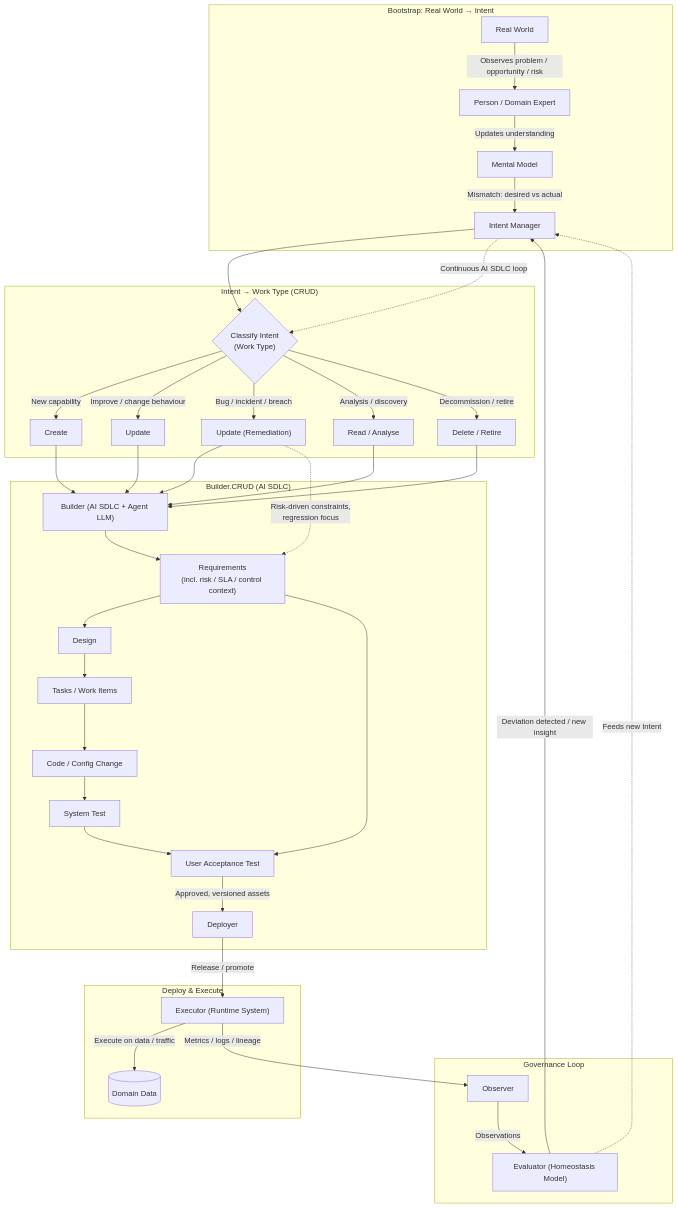
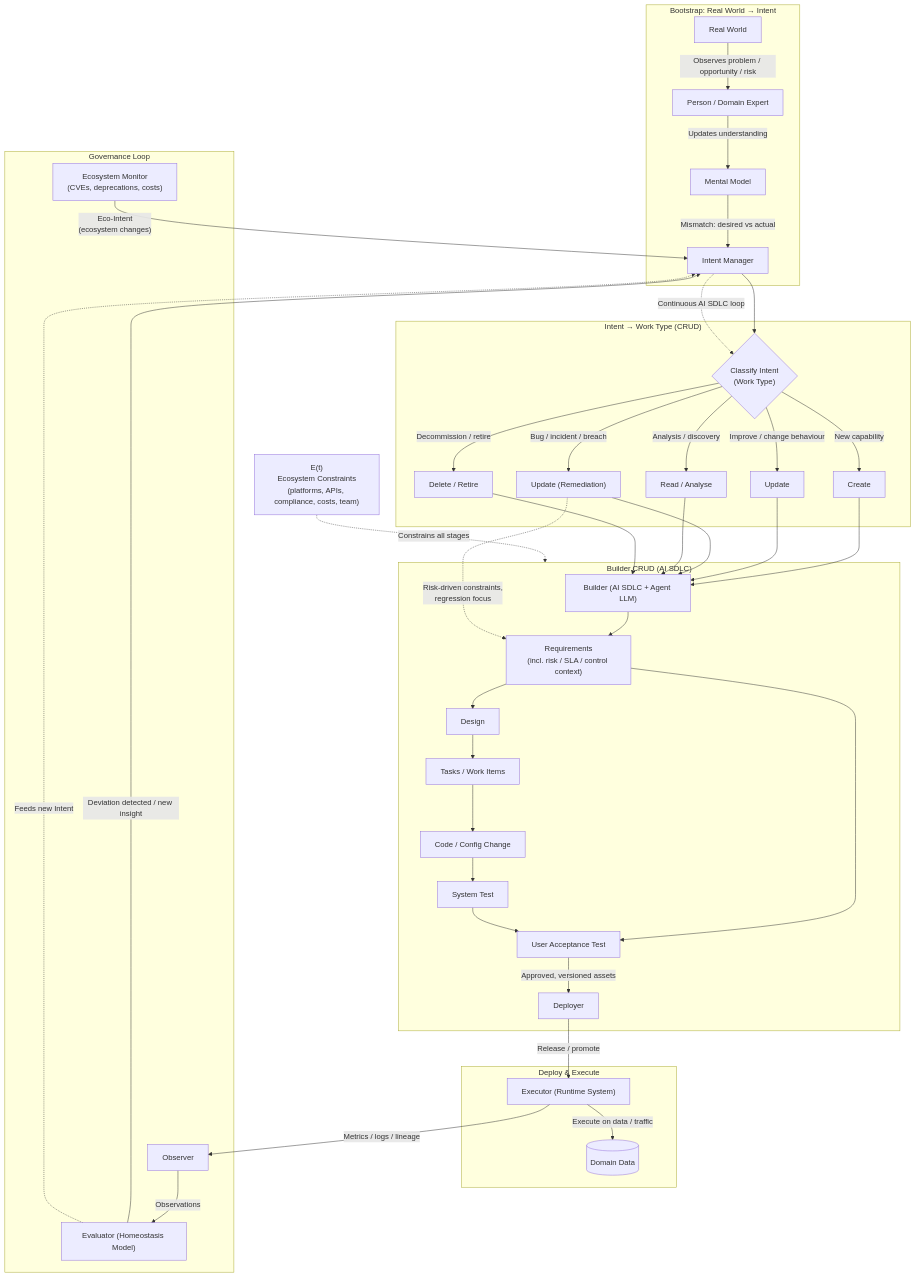
The first of 7 diagrams in docs/ai_sdlc_method.md (foolishimp/AI_SDLC_Context), drawn with Mermaid before and after one commit. The commit also changed other lines of this file and 1 other file, not shown here.

First line of the commit message:
Update mermaid diagrams to reflect ecosystem integration

````diff
--- a/docs/ai_sdlc_method.md
+++ b/docs/ai_sdlc_method.md
@@ -220,11 +220,21 @@
     subgraph GOVERN["Governance Loop"]
         OB["Observer"]
         EV["Evaluator (Homeostasis Model)"]
+        ECO_MON["Ecosystem Monitor
+(CVEs, deprecations, costs)"]
         EX -->|"Metrics / logs / lineage"| OB
         OB -->|"Observations"| EV
         EV -->|"Deviation detected / new insight"| IM
+        ECO_MON -->|"Eco-Intent
+(ecosystem changes)"| IM
     end
 
     EV -.->|"Feeds new Intent"| IM
     IM -.->|"Continuous AI SDLC loop"| IC
+
+    %% --- 6. Ecosystem Constraint Vector E(t) ---
+    E_t["E(t)
+Ecosystem Constraints
+(platforms, APIs, compliance, costs, team)"]
+    E_t -.->|"Constrains all stages"| BUILDER
 ```
````
